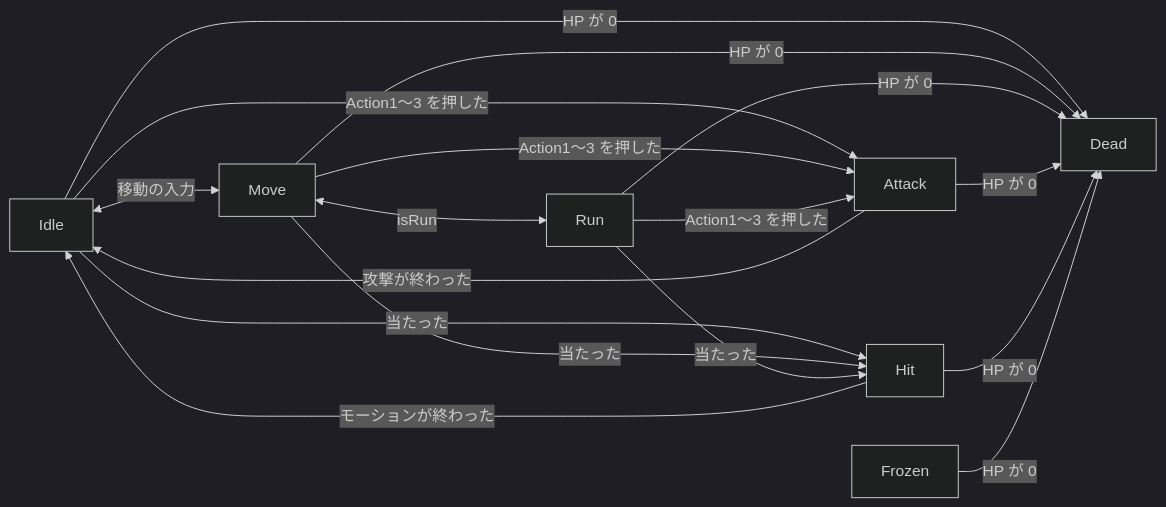
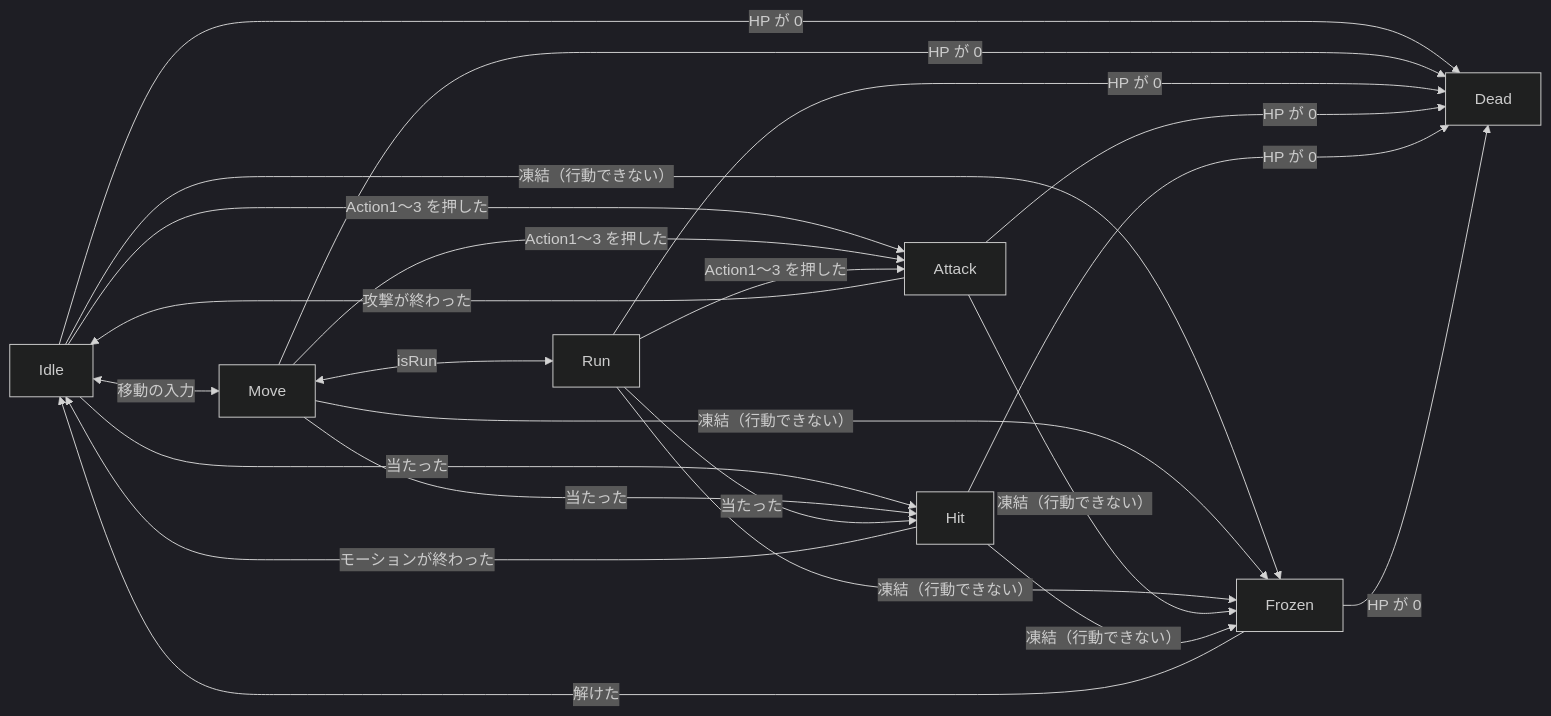
Before and after one commit to hirota-ryuki/Action: the first of 2 diagrams in Action/docs/ゲーム/敵/敵のステート/敵のステートの設計.md, drawn with Mermaid (dark theme). The commit also changed other lines of this file and 60 other files, not shown here.

````diff
--- a/Action/docs/ゲーム/敵/敵のステート/敵のステートの設計.md
+++ b/Action/docs/ゲーム/敵/敵のステート/敵のステートの設計.md
@@ -24,10 +25,12 @@
 ```mermaid
 flowchart LR
     I[Idle] <-->|移動の入力| M[Move]
     M <-->|isRun| R[Run]
     I & M & R -->|Action1〜3 を押した| A[Attack]
     A -->|攻撃が終わった| I
     I & M & R -->|当たった| H[Hit]
     H -->|モーションが終わった| I
-    I & M & R & A & H & F[Frozen] -->|HP が 0| D[Dead]
+    I & M & R & A & H -->|凍結（行動できない）| F[Frozen]
+    F -->|解けた| I
+    I & M & R & A & H & F -->|HP が 0| D[Dead]
 ```
````
